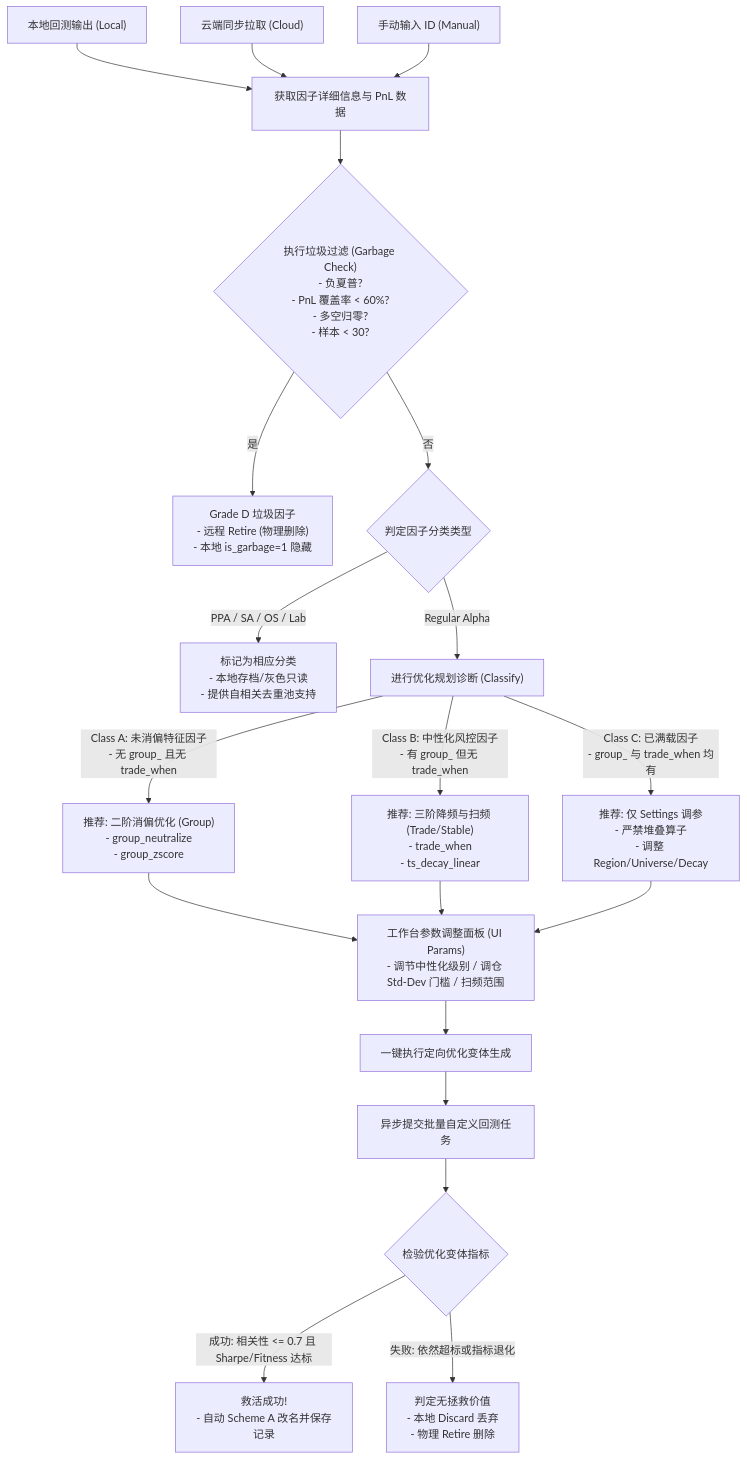
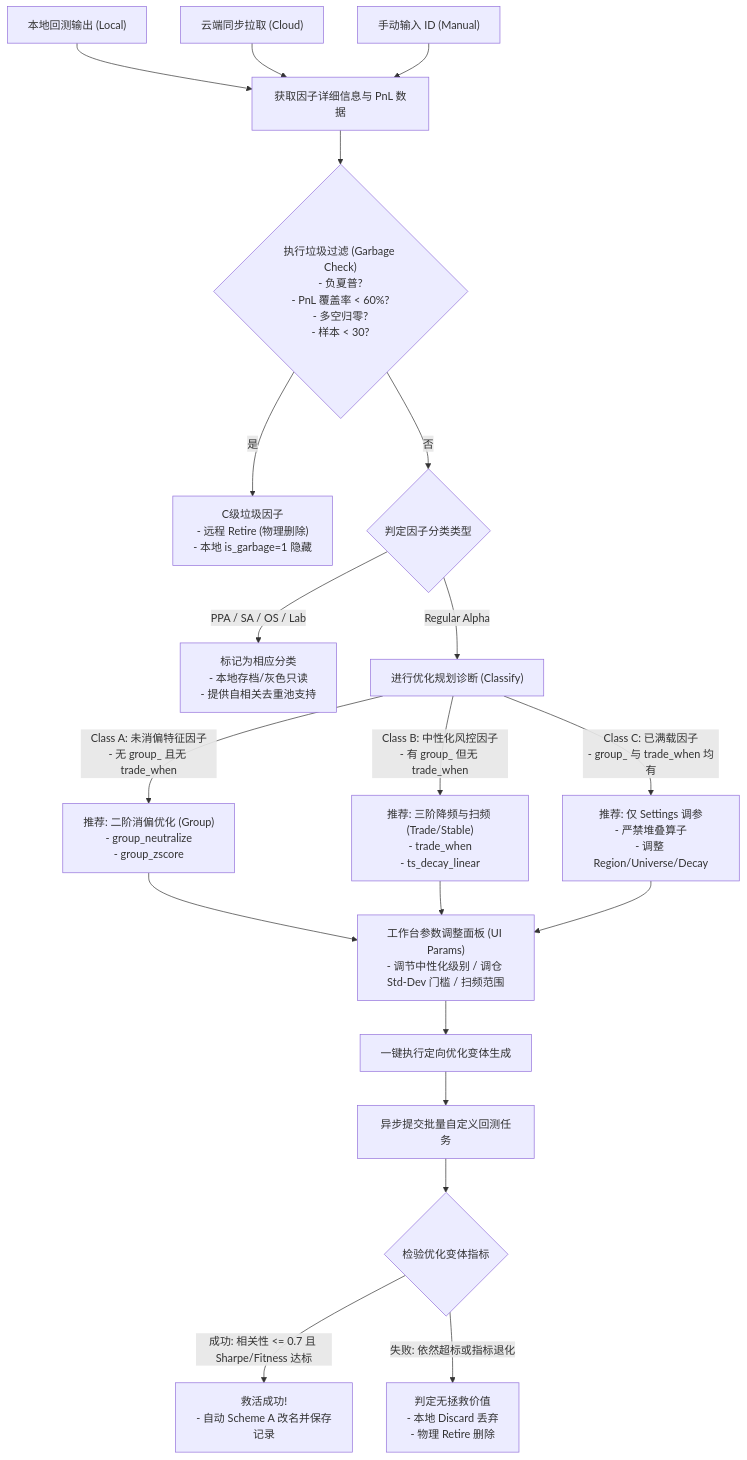
The diagram in doc/reference/optimizable_alpha_classification.md (LuckDogGuan/WQ-Consultant), drawn with Mermaid before and after one commit. The commit also changed other lines of this file and 35 other files, not shown here.

````diff
--- a/doc/reference/optimizable_alpha_classification.md
+++ b/doc/reference/optimizable_alpha_classification.md
@@ -44,23 +44,23 @@
 ```mermaid
 flowchart TD
     A1["本地回测输出 (Local)"] & A2["云端同步拉取 (Cloud)"] & A3["手动输入 ID (Manual)"] --> B["获取因子详细信息与 PnL 数据"]
     B --> C{"执行垃圾过滤 (Garbage Check)<br/>- 负夏普?<br/>- PnL 覆盖率 < 60%?<br/>- 多空归零?<br/>- 样本 < 30?"}
     
-    C -->|是| D["Grade D 垃圾因子<br/>- 远程 Retire (物理删除)<br/>- 本地 is_garbage=1 隐藏"]
+    C -->|是| D["C级垃圾因子<br/>- 远程 Retire (物理删除)<br/>- 本地 is_garbage=1 隐藏"]
     C -->|否| E{"判定因子分类类型"}
     
     E -->|PPA / SA / OS / Lab| F["标记为相应分类<br/>- 本地存档/灰色只读<br/>- 提供自相关去重池支持"]
     E -->|Regular Alpha| G["进行优化规划诊断 (Classify)"]
     
     G -->|Class A: 未消偏特征因子<br/>- 无 group_ 且无 trade_when| H1["推荐: 二阶消偏优化 (Group)<br/>- group_neutralize<br/>- group_zscore"]
     G -->|Class B: 中性化风控因子<br/>- 有 group_ 但无 trade_when| H2["推荐: 三阶降频与扫频 (Trade/Stable)<br/>- trade_when<br/>- ts_decay_linear"]
     G -->|Class C: 已满载因子<br/>- group_ 与 trade_when 均有| H3["推荐: 仅 Settings 调参<br/>- 严禁堆叠算子<br/>- 调整 Region/Universe/Decay"]
     
     H1 & H2 & H3 --> I["工作台参数调整面板 (UI Params)<br/>- 调节中性化级别 / 调仓 Std-Dev 门槛 / 扫频范围"]
     I --> J["一键执行定向优化变体生成"]
     J --> K["异步提交批量自定义回测任务"]
     
     K --> L{"检验优化变体指标"}
     L -->|成功: 相关性 <= 0.7 且 Sharpe/Fitness 达标| M["救活成功!<br/>- 自动 Scheme A 改名并保存记录"]
     L -->|失败: 依然超标或指标退化| N["判定无拯救价值<br/>- 本地 Discard 丢弃<br/>- 物理 Retire 删除"]
 ```
````
